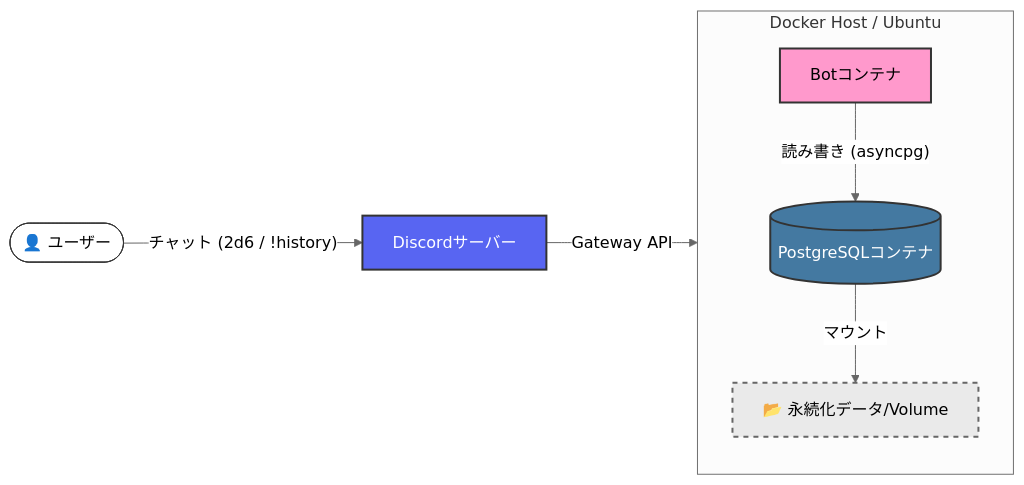
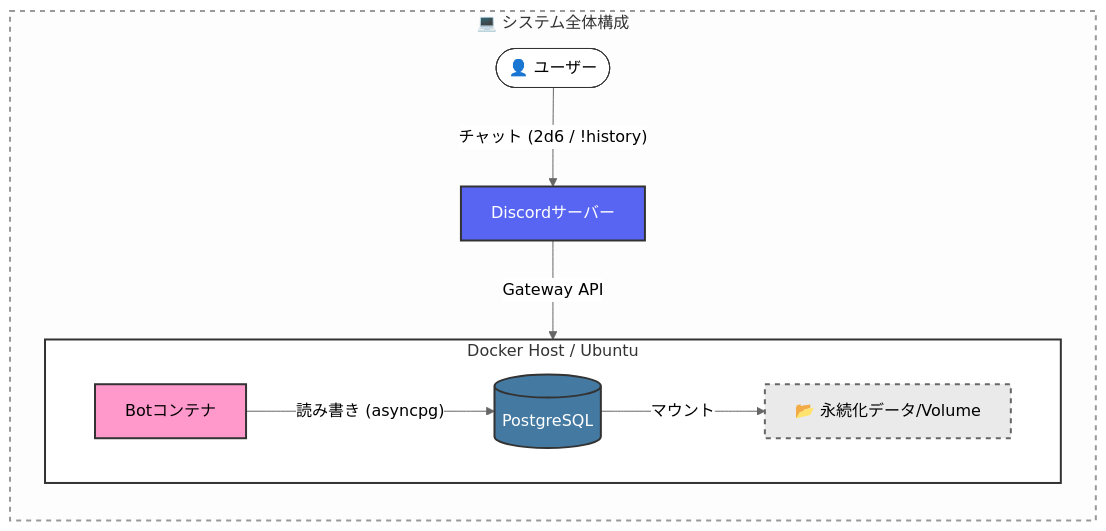
The diagram in docs/procedure.md (misorange/nDn_dice_bot), drawn with Mermaid before and after one commit.

Commit message:
docs: 表の修正

````diff
--- a/docs/procedure.md
+++ b/docs/procedure.md
@@ -40,27 +40,32 @@
 ```mermaid
 %%{init: {'theme': 'neutral', 'themeVariables': {'fontFamily': 'sans-serif'}}}%%
 graph LR
-    %% ノードの定義
-    User([👤 ユーザー]) --"チャット (2d6 / !history)"--> Discord[Discordサーバー]
-    Discord --"Gateway API"--> Bot[Botコンテナ]
-    
-    subgraph Host[Docker Host / Ubuntu]
-        direction TB
-        Bot --"読み書き (asyncpg)"--> DB[(PostgreSQLコンテナ)]
-        DB --"マウント"--> Vol[📂 永続化データ/Volume]
+    subgraph Whole[💻 システム全体構成]
+    style Whole fill:#fdfdfd,stroke:#999,stroke-width:2px,stroke-dasharray: 5 5
+        %% ノードの定義
+        User([👤 ユーザー]) --"チャット (2d6 / !history)"--> Discord[Discordサーバー]
+        Discord --"Gateway API"--> Bot[Botコンテナ]
+        
+        subgraph Host[Docker Host / Ubuntu]
+            direction LR
+            Bot --"読み書き (asyncpg)"--> DB[(PostgreSQL)]
+            DB --"マウント"--> Vol[📂 永続化データ/Volume]
+        end
     end
     
     %% スタイルの定義 (GitHubで見やすい配色)
     classDef discord fill:#5865F2,stroke:#333,stroke-width:2px,color:#fff
     classDef bot fill:#FF99CC,stroke:#333,stroke-width:2px,color:#000
     classDef db fill:#4479A1,stroke:#333,stroke-width:2px,color:#fff
     classDef vol fill:#EAEAEA,stroke:#666,stroke-width:2px,stroke-dasharray: 5 5,color:#000
     classDef user fill:#FFF,stroke:#333,stroke-width:1px,color:#000
+    classDef host fill:#fff,stroke:#333,stroke-width:2px
 
     %% クラスの適用
     class Discord discord
     class Bot bot
     class DB db
     class Vol vol
     class User user
+    class Host host
 ```
````
